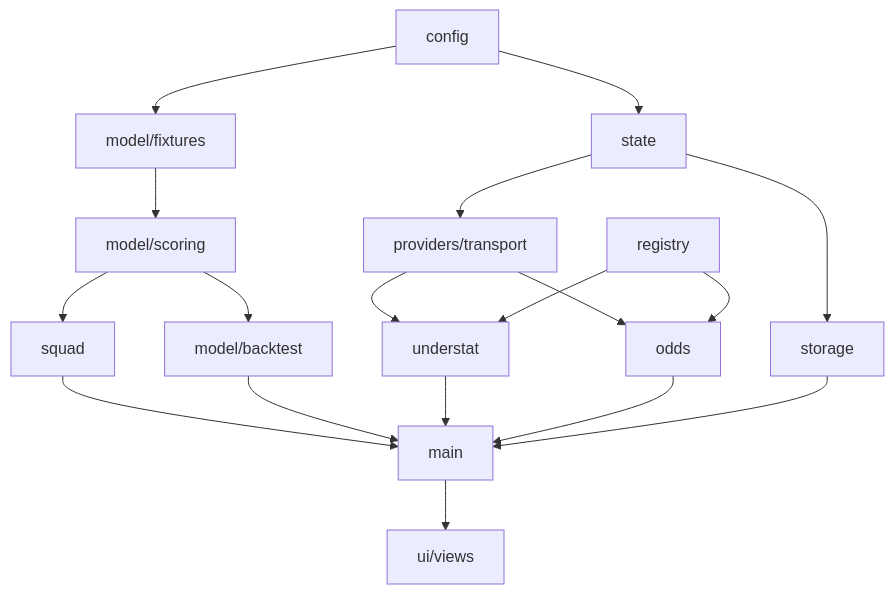
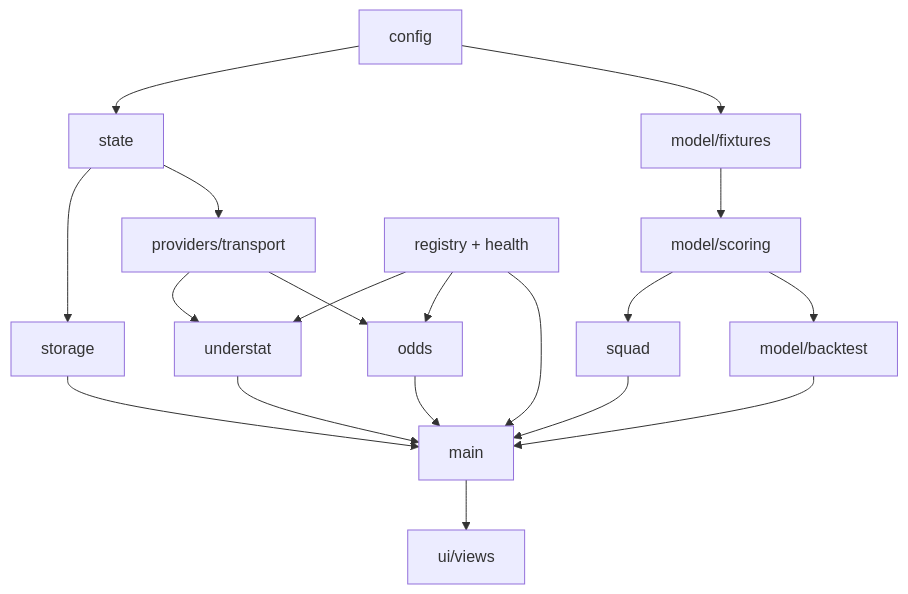
The first of 2 diagrams in docs/ARCHITECTURE.md (priteshpatel390-del/FPL), drawn with Mermaid before and after one commit. The commit also changed other lines of this file, not shown here.

Commit message:
Document Provider Health architecture

````diff
--- a/docs/ARCHITECTURE.md
+++ b/docs/ARCHITECTURE.md
@@ -41,9 +41,9 @@
 ```mermaid
 flowchart TD
   CFG[config] --> ST[state] --> STO[storage]
   CFG --> FIX[model/fixtures] --> SCO[model/scoring] --> SQ[squad]
   ST --> TRANS[providers/transport] --> UST[understat] & ODDS[odds]
-  REG[registry] --> UST & ODDS
+  REG[registry + health] --> UST & ODDS & MAIN
   SCO --> BT[model/backtest]
   SQ & BT & UST & ODDS & STO --> MAIN[main] --> VIEWS[ui/views]
 ```
````
